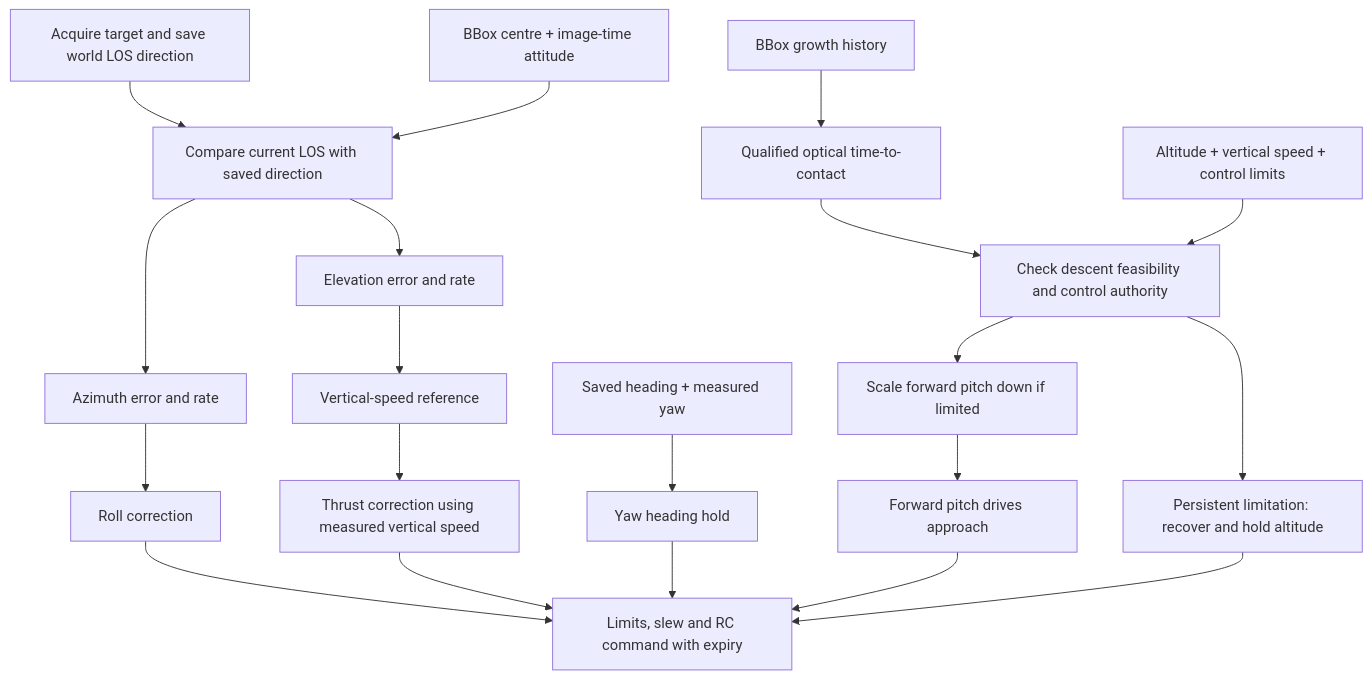
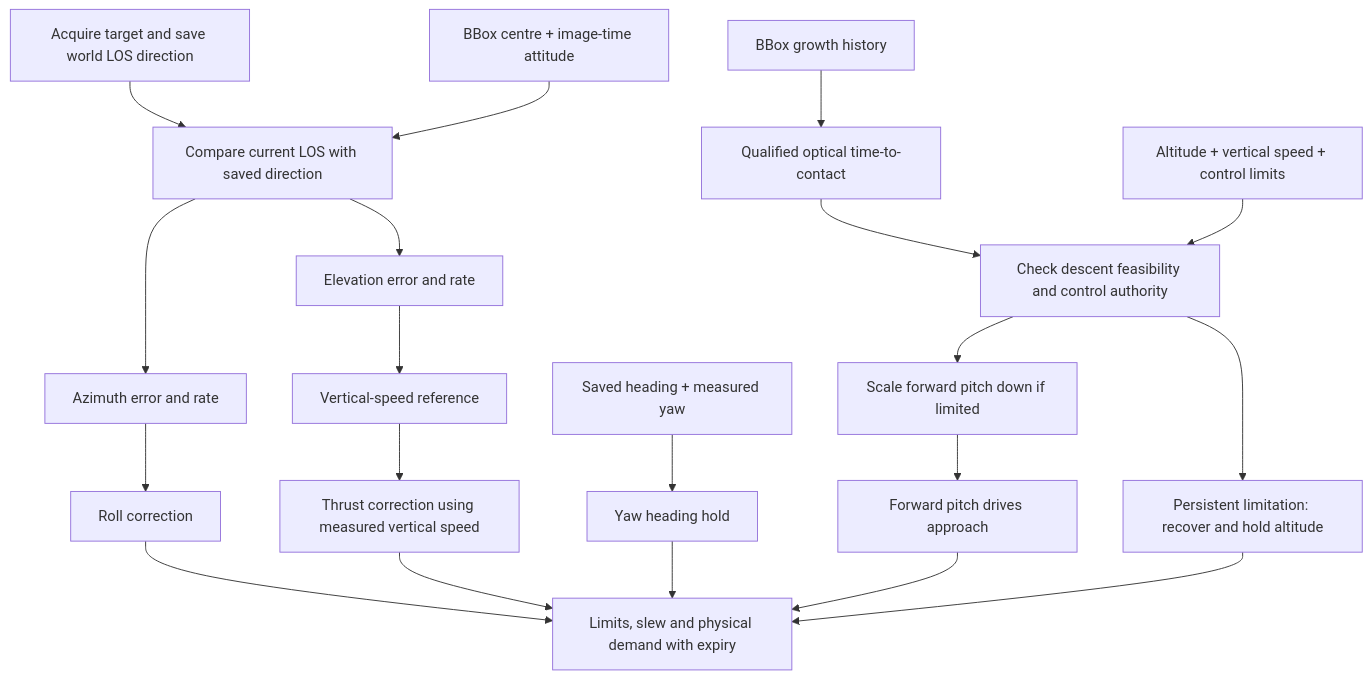
Before and after one commit to robobe/los_tracking: the first of 2 diagrams in docs/walkthrough/entry-method.md, drawn with Mermaid. The commit also changed other lines of this file and 19 other files, not shown here.

````diff
--- a/docs/walkthrough/entry-method.md
+++ b/docs/walkthrough/entry-method.md
@@ -18,22 +18,22 @@
 ```mermaid
 flowchart TD
     ACQ["Acquire target and save world LOS direction"] --> COMP["Compare current LOS with saved direction"]
     OBS["BBox centre + image-time attitude"] --> COMP
     COMP --> AZ["Azimuth error and rate"]
     COMP --> EL["Elevation error and rate"]
     AZ --> ROLL["Roll correction"]
     EL --> VZ["Vertical-speed reference"]
     VZ --> THR["Thrust correction using measured vertical speed"]
     HEAD["Saved heading + measured yaw"] --> YAW["Yaw heading hold"]
     SIZE["BBox growth history"] --> TTC["Qualified optical time-to-contact"]
     TTC --> SUP["Check descent feasibility and control authority"]
     ALT["Altitude + vertical speed + control limits"] --> SUP
     SUP --> SCALE["Scale forward pitch down if limited"]
     SCALE --> PITCH["Forward pitch drives approach"]
     SUP --> REC["Persistent limitation: recover and hold altitude"]
-    ROLL --> RC["Limits, slew and RC command with expiry"]
+    ROLL --> RC["Limits, slew and physical demand with expiry"]
     THR --> RC
     YAW --> RC
     PITCH --> RC
     REC --> RC
 ```
````
